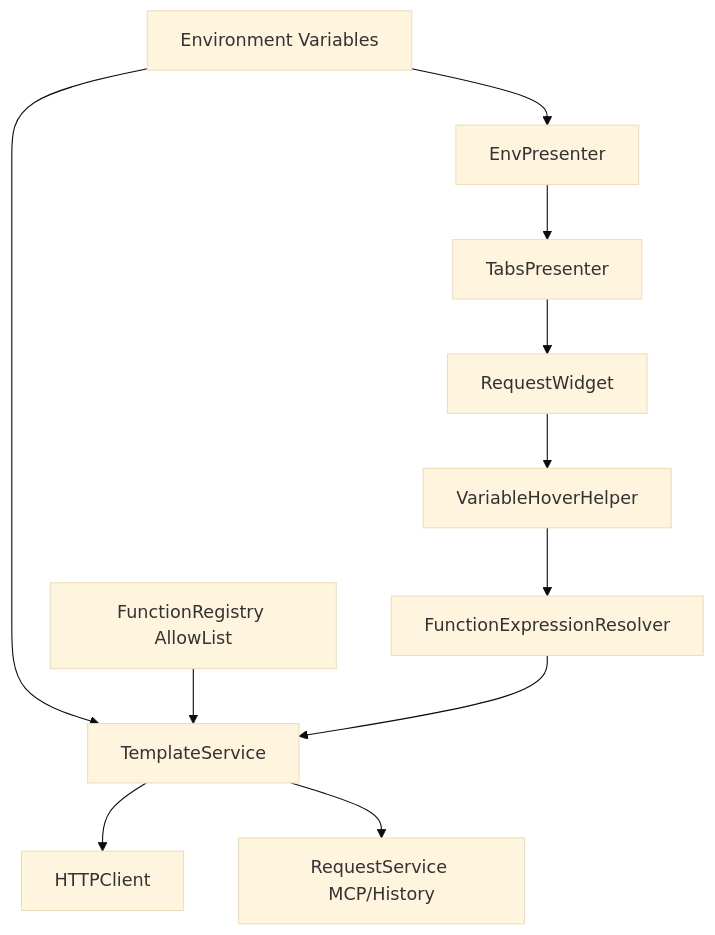
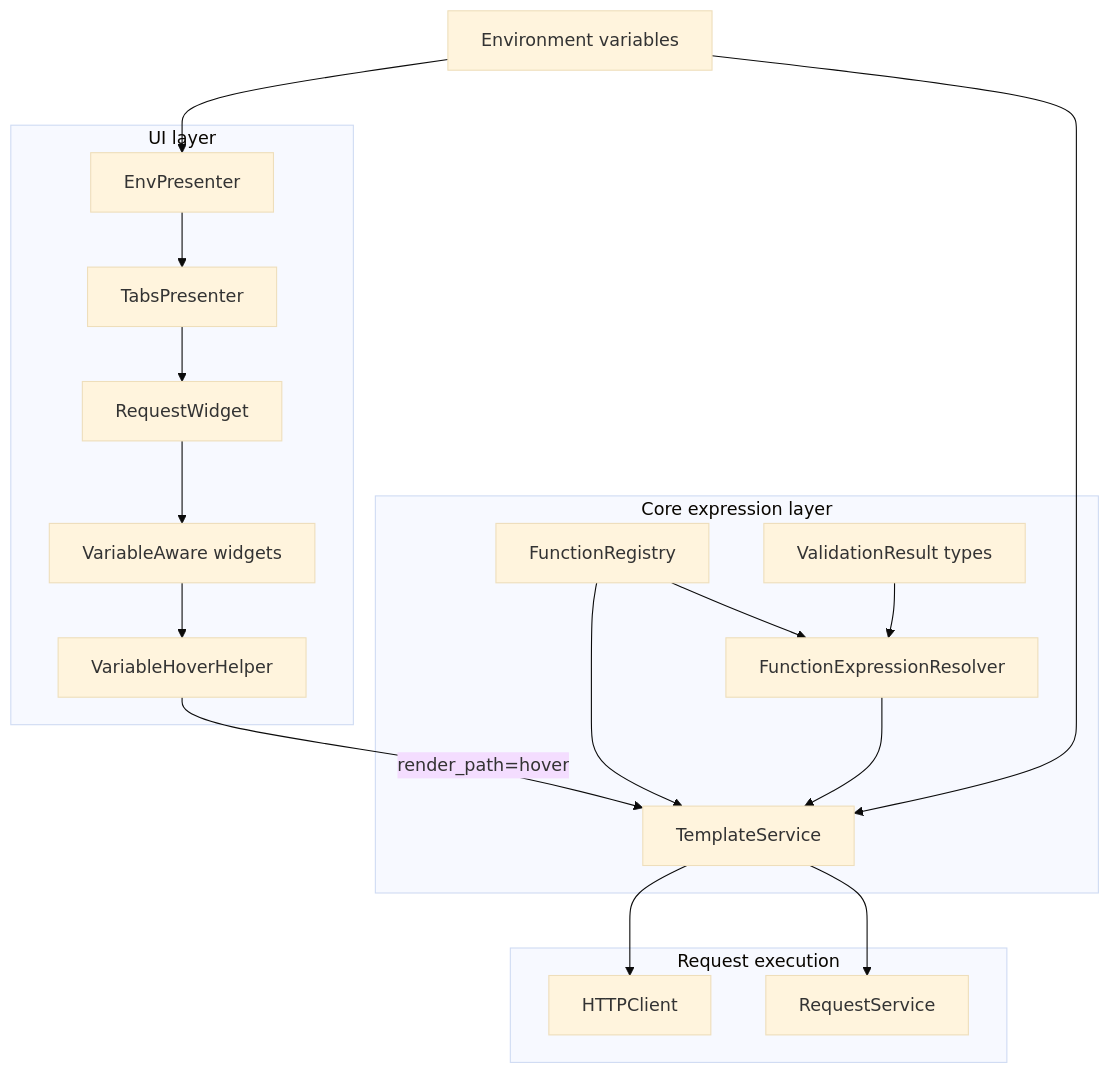
One commit to koctep/pypost changed the diagram in ai-tasks/PYPOST-450/20-architecture.md. Above: the diagram before and after it, drawn with Mermaid (base theme). The commit also changed other lines of this file and 8 other files, not shown here.

````diff
--- a/ai-tasks/PYPOST-450/20-architecture.md
+++ b/ai-tasks/PYPOST-450/20-architecture.md
@@ -53,15 +92,34 @@
 ```mermaid
 flowchart TD
-    ENV[Environment Variables] --> EP[EnvPresenter]
-    EP --> TP[TabsPresenter]
-    TP --> RW[RequestWidget]
-    RW --> VH[VariableHoverHelper]
+    subgraph UI["UI layer"]
+        EP[EnvPresenter]
+        TP[TabsPresenter]
+        RW[RequestWidget]
+        VA[VariableAware widgets]
+        VH[VariableHoverHelper]
+    end
 
-    ENV --> TS[TemplateService]
-    FR[FunctionRegistry AllowList] --> TS
-    FE[FunctionExpressionResolver] --> TS
-    TS --> HC[HTTPClient]
-    TS --> RS[RequestService MCP/History]
+    subgraph Core["Core expression layer"]
+        TS[TemplateService]
+        FR[FunctionRegistry]
+        FE[FunctionExpressionResolver]
+        VT[ValidationResult types]
+    end
 
-    VH --> FE
+    subgraph Runtime["Request execution"]
+        HC[HTTPClient]
+        RS[RequestService]
+    end
+
+    ENV[Environment variables] --> EP
+    EP --> TP --> RW --> VA
+    VA --> VH
+    ENV --> TS
+    FR --> TS
+    FE --> TS
+    VT --> FE
+    FR --> FE
+    VH -->|render_path=hover| TS
+    TS --> HC
+    TS --> RS
 ```
````
